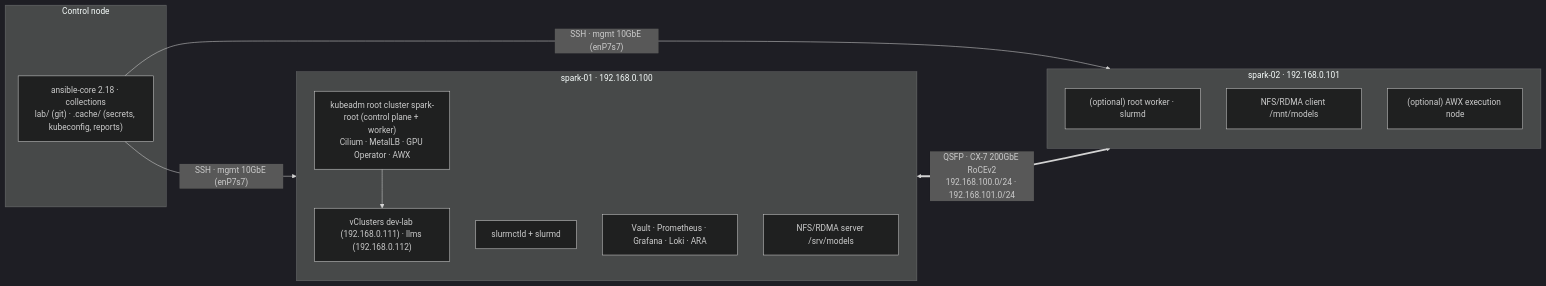
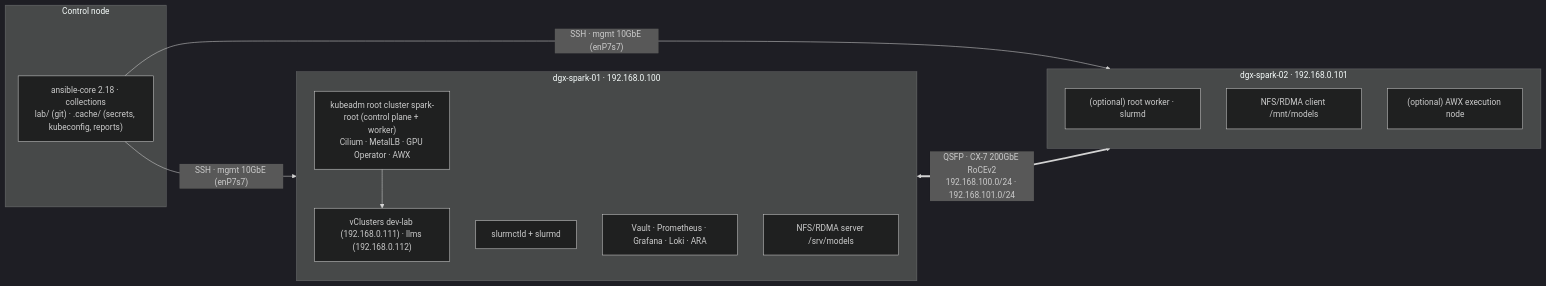
One commit to cloudone365/technical-depth changed the diagram in 01 Ansible/README.md. Above: the diagram before and after it, drawn with Mermaid (dark theme). The commit also changed other lines of this file and 88 other files, not shown here.

First line of the commit message:
Rename the Spark hosts to dgx-spark-01 / dgx-spark-02

````diff
--- a/01 Ansible/README.md
+++ b/01 Ansible/README.md
@@ -11,23 +11,23 @@
 ```mermaid
 flowchart LR
   subgraph CTL["Control node"]
     ANS["ansible-core 2.18 · collections<br/>lab/ (git) · .cache/ (secrets, kubeconfig, reports)"]
   end
-  subgraph S1["spark-01 · 192.168.0.100"]
+  subgraph S1["dgx-spark-01 · 192.168.0.100"]
     direction TB
     S1A["kubeadm root cluster spark-root (control plane + worker)<br/>Cilium · MetalLB · GPU Operator · AWX"]
     S1V["vClusters dev-lab (192.168.0.111) · llms (192.168.0.112)"]
     S1B["slurmctld + slurmd"]
     S1C["Vault · Prometheus · Grafana · Loki · ARA"]
     S1D["NFS/RDMA server /srv/models"]
   end
-  subgraph S2["spark-02 · 192.168.0.101"]
+  subgraph S2["dgx-spark-02 · 192.168.0.101"]
     direction TB
     S2A["(optional) root worker · slurmd"]
     S2B["NFS/RDMA client /mnt/models"]
     S2C["(optional) AWX execution node"]
   end
   ANS -- "SSH · mgmt 10GbE (enP7s7)" --> S1 & S2
   S1A --> S1V
   S1 <== "QSFP · CX-7 200GbE RoCEv2<br/>192.168.100.0/24 · 192.168.101.0/24" ==> S2
 ```
````
